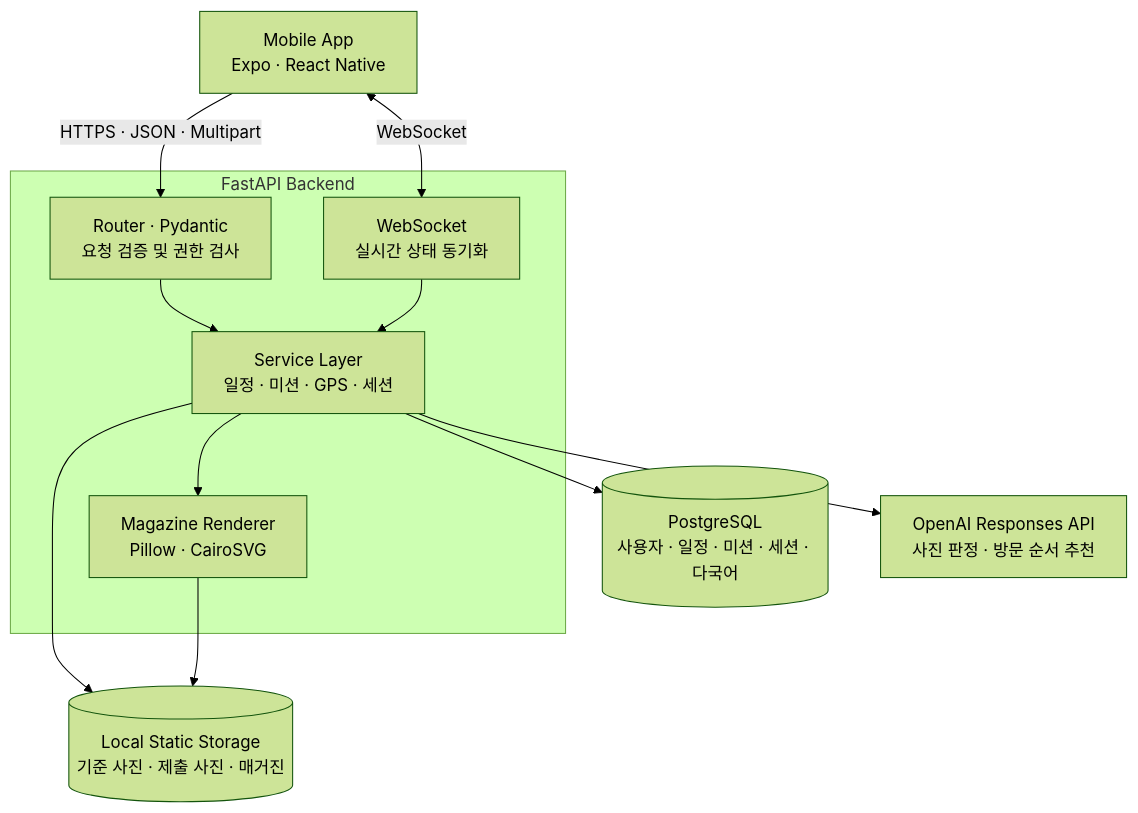
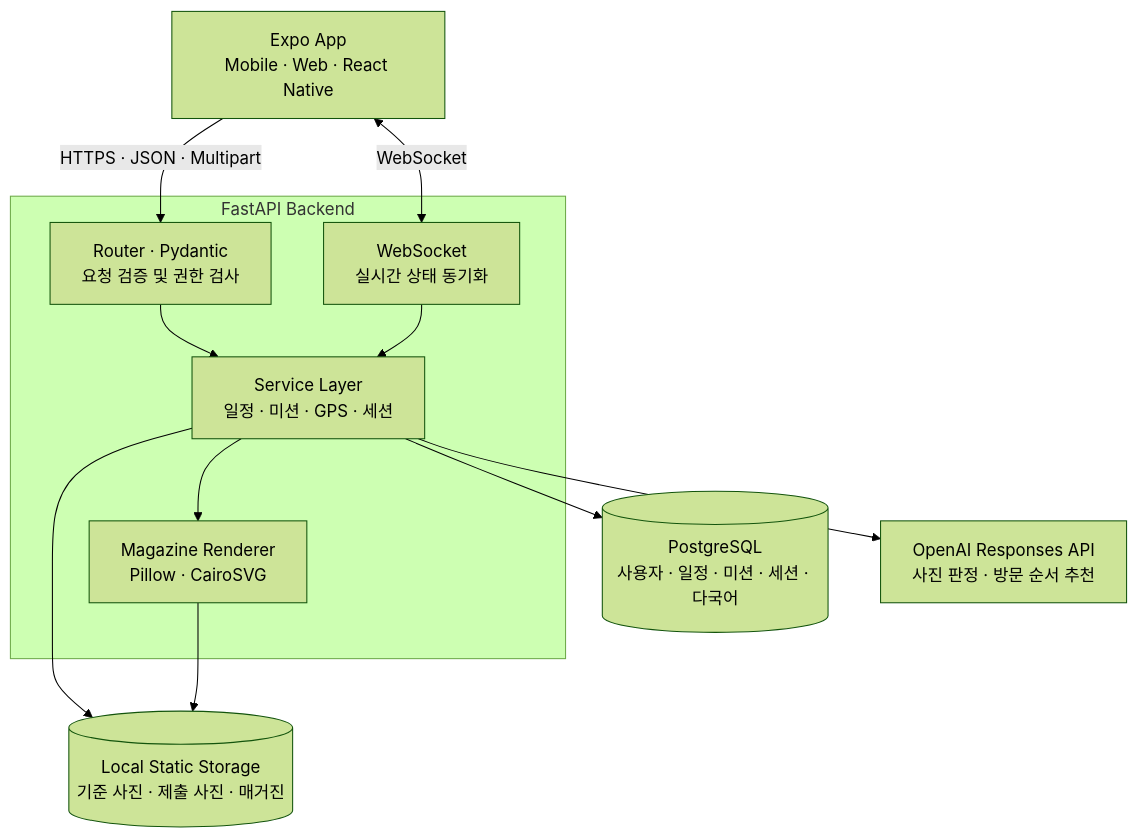
Before and after one commit to PNU-2026-AI-Hackathon/pnuai-a-06: the first of 2 diagrams in README.md, drawn with Mermaid (forest theme). The commit also changed other lines of this file and 7 other files, not shown here.

````diff
--- a/README.md
+++ b/README.md
@@ -73,25 +74,25 @@
 ```mermaid
 flowchart TD
-    APP["Mobile App<br/>Expo · React Native"]
+    APP["Expo App<br/>Mobile · Web · React Native"]
 
     subgraph BACKEND["FastAPI Backend"]
         API["Router · Pydantic<br/>요청 검증 및 권한 검사"]
         SERVICE["Service Layer<br/>일정 · 미션 · GPS · 세션"]
         WS["WebSocket<br/>실시간 상태 동기화"]
         RENDERER["Magazine Renderer<br/>Pillow · CairoSVG"]
     end
 
     DB[("PostgreSQL<br/>사용자 · 일정 · 미션 · 세션 · 다국어")]
     OPENAI["OpenAI Responses API<br/>사진 판정 · 방문 순서 추천"]
     STORAGE[("Local Static Storage<br/>기준 사진 · 제출 사진 · 매거진")]
 
     APP -->|"HTTPS · JSON · Multipart"| API
     APP <-->|"WebSocket"| WS
     API --> SERVICE
     WS --> SERVICE
     SERVICE --> DB
     SERVICE --> OPENAI
     SERVICE --> RENDERER
     SERVICE --> STORAGE
     RENDERER --> STORAGE
 ```
````
